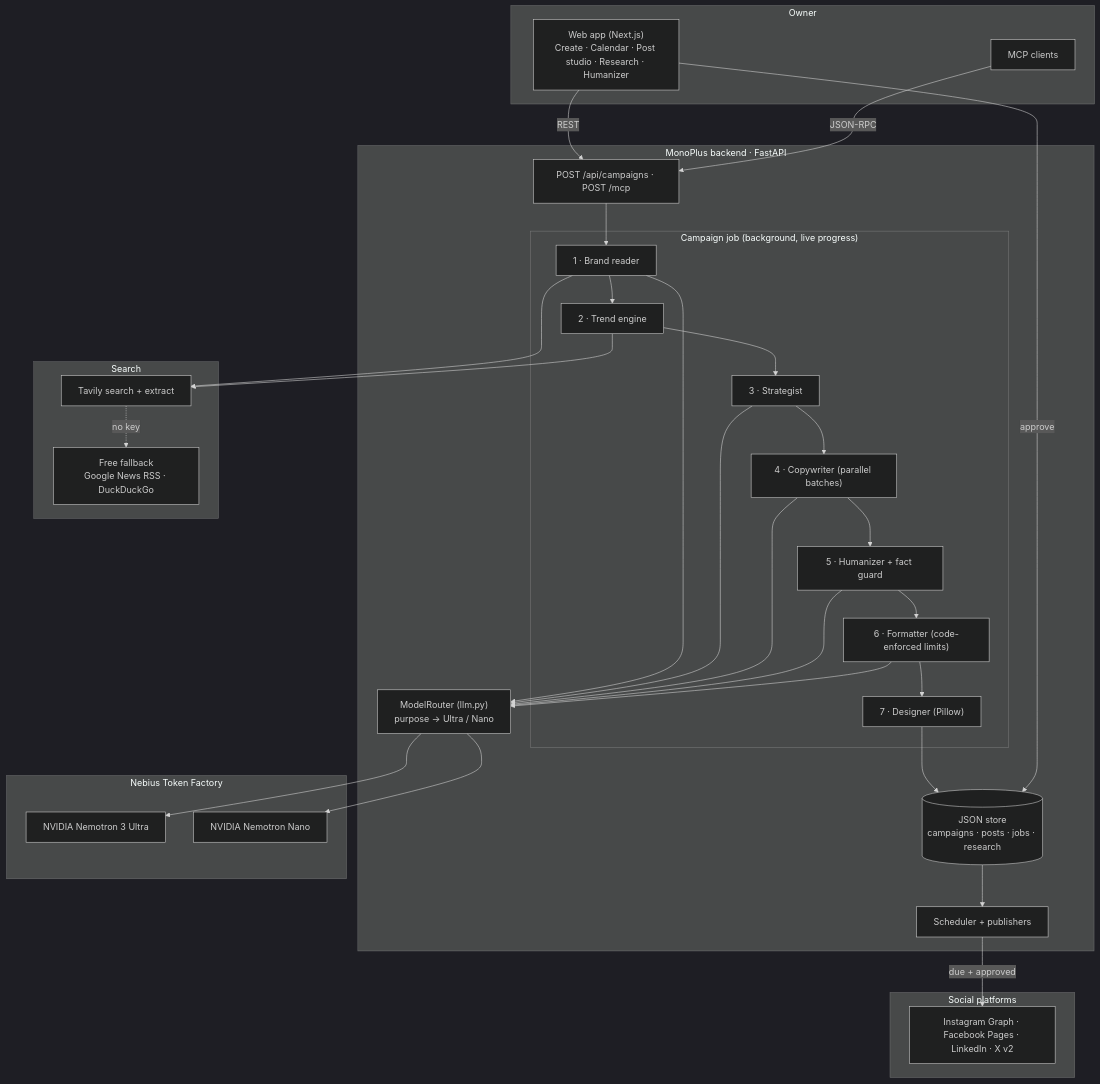
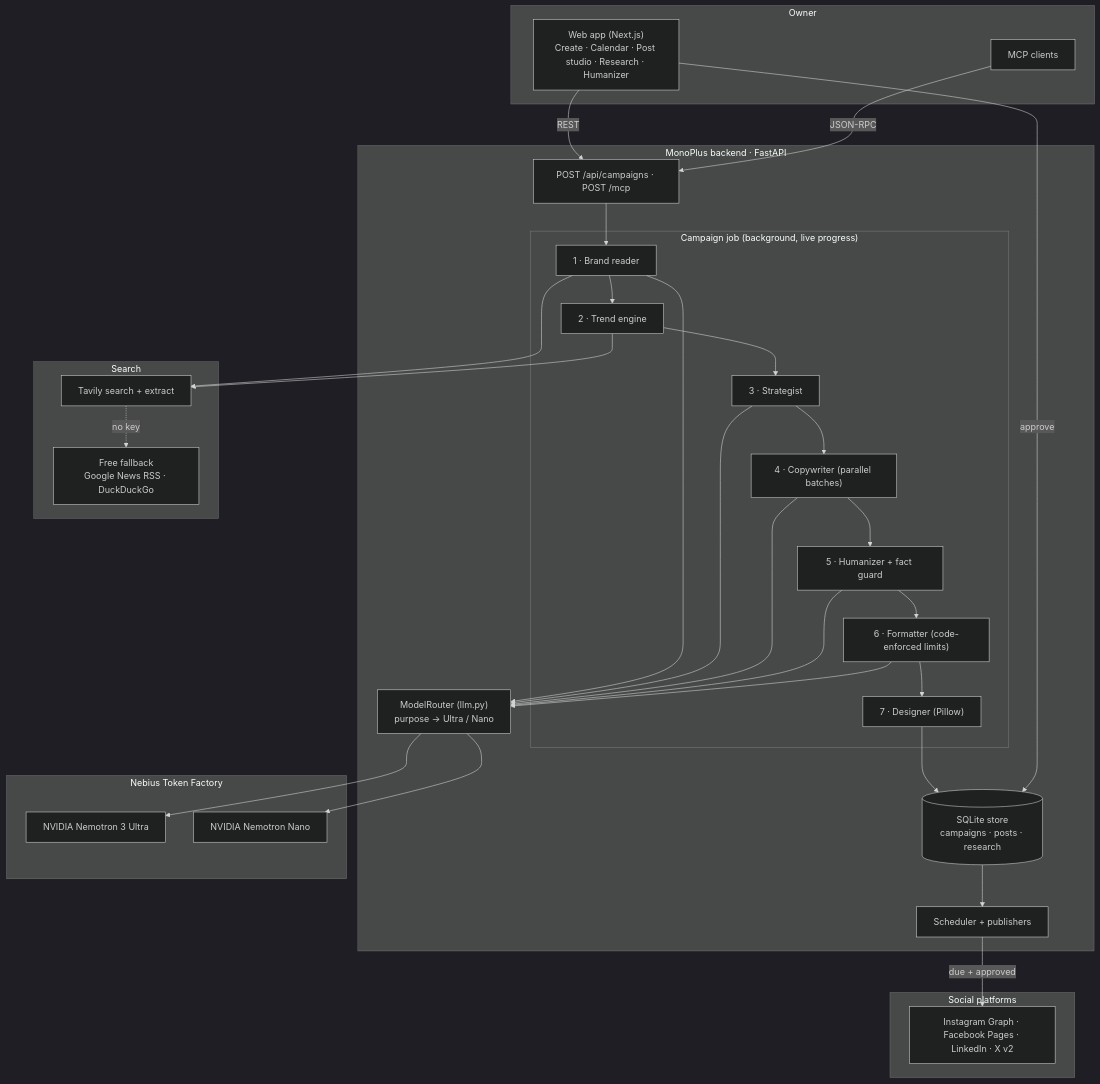
The diagram in README.md (HadiaIshtiaqq/MonoPulse-AI), drawn with Mermaid (dark theme) before and after one commit. The commit also changed other lines of this file and 40 other files, not shown here.

````diff
--- a/README.md
+++ b/README.md
@@ -59,50 +59,50 @@
 ```mermaid
 flowchart TB
     subgraph Client["Owner"]
         U1["Web app (Next.js)<br/>Create · Calendar · Post studio · Research · Humanizer"]
         U2["MCP clients"]
     end
 
     subgraph Backend["MonoPlus backend · FastAPI"]
         A0["POST /api/campaigns · POST /mcp"]
         subgraph Pipeline["Campaign job (background, live progress)"]
             P1["1 · Brand reader"]
             P2["2 · Trend engine"]
             P3["3 · Strategist"]
             P4["4 · Copywriter (parallel batches)"]
             P5["5 · Humanizer + fact guard"]
             P6["6 · Formatter (code-enforced limits)"]
             P7["7 · Designer (Pillow)"]
         end
         R1["ModelRouter (llm.py)<br/>purpose → Ultra / Nano"]
         S1["Scheduler + publishers"]
-        D1[("JSON store<br/>campaigns · posts · jobs · research")]
+        D1[("SQLite store<br/>campaigns · posts · research")]
     end
 
     subgraph Nebius["Nebius Token Factory"]
         N1["NVIDIA Nemotron 3 Ultra"]
         N2["NVIDIA Nemotron Nano"]
     end
 
     subgraph Search["Search"]
         T1["Tavily search + extract"]
         T2["Free fallback<br/>Google News RSS · DuckDuckGo"]
     end
 
     subgraph Social["Social platforms"]
         X1["Instagram Graph · Facebook Pages · LinkedIn · X v2"]
     end
 
     U1 -->|REST| A0
     U2 -->|JSON-RPC| A0
     A0 --> P1 --> P2 --> P3 --> P4 --> P5 --> P6 --> P7
     P1 & P3 & P4 & P5 & P6 --> R1
     R1 --> N1
     R1 --> N2
     P1 & P2 --> T1
     T1 -.no key.-> T2
     P7 --> D1
     U1 -->|approve| D1
     S1 -->|due + approved| X1
     D1 --> S1
 ```
````
